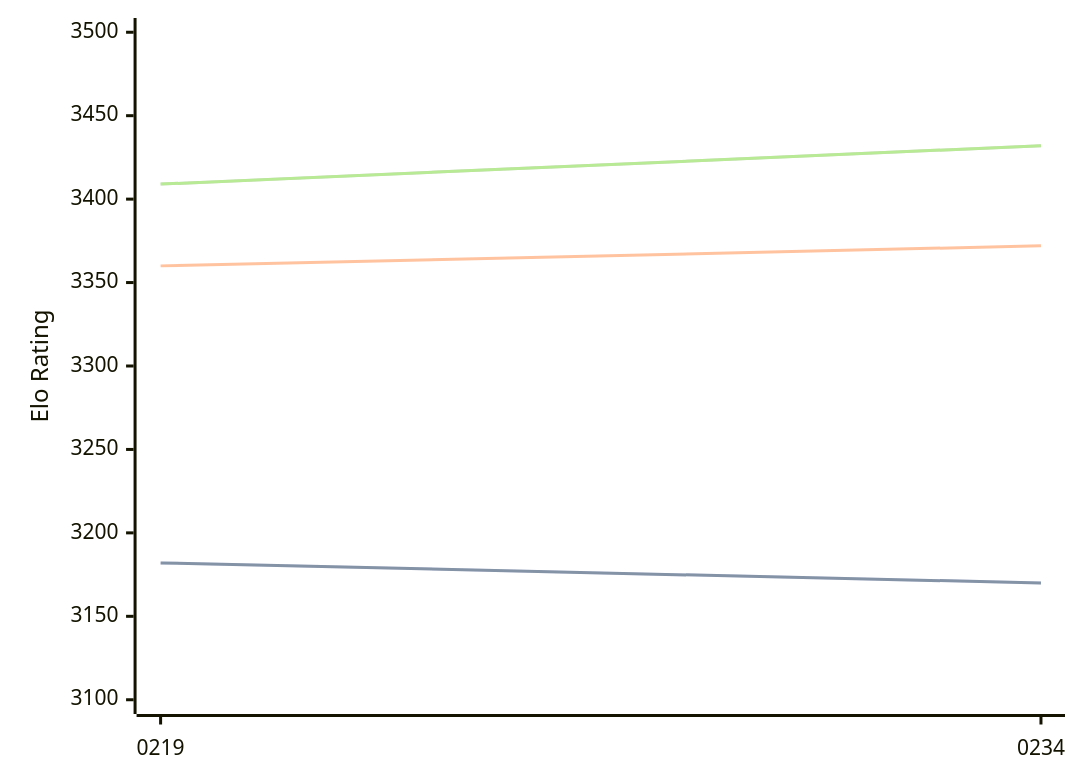
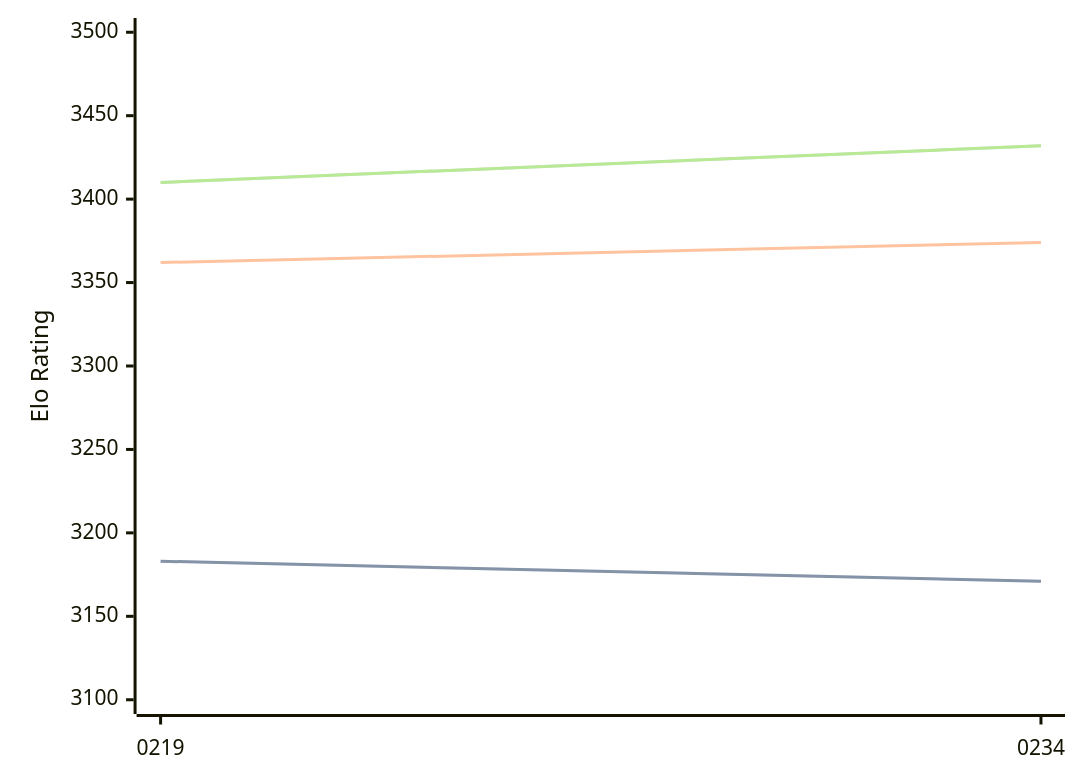
One commit to computer-chess-index/cci changed the diagram in engines/Ynode.md. Above: the diagram before and after it, drawn with Mermaid. The commit also changed other lines of this file, not shown here.

Commit message:
Update CCI Ratings (ELO VLTC) - 2026-05-01

````diff
--- a/engines/Ynode.md
+++ b/engines/Ynode.md
@@ -39,11 +39,11 @@
 ```mermaid
 %%{init: {"theme":"base","themeVariables":{"seriesColors:['#a3a3a3','#222221','#faa371']}}}%%
 xychart-beta
   x-axis ["0219", "0234"]
   y-axis "Elo Rating" 3100 --> 3500
-  line "STC (8.0+0.08s)" [3182, 3170]
-  line "STC (8.0+0.08s)" [3182, 3170]
-  line "LTC (60.0+0.60s)" [3360, 3372]
-  line "VLTC (2m24s+1.12s)" [3409, 3432]
-  line "VLTC (2m24s+1.12s)" [3409, 3432]
+  line "STC (8.0+0.08s)" [3183, 3171]
+  line "STC (8.0+0.08s)" [3183, 3171]
+  line "LTC (60.0+0.60s)" [3362, 3374]
+  line "VLTC (2m24s+1.12s)" [3410, 3432]
+  line "VLTC (2m24s+1.12s)" [3410, 3432]
 ```
````
